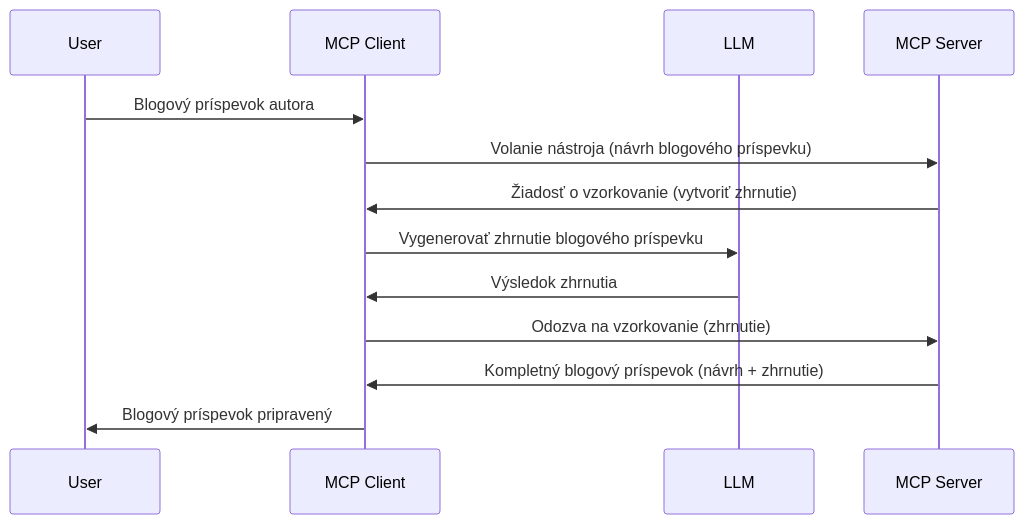
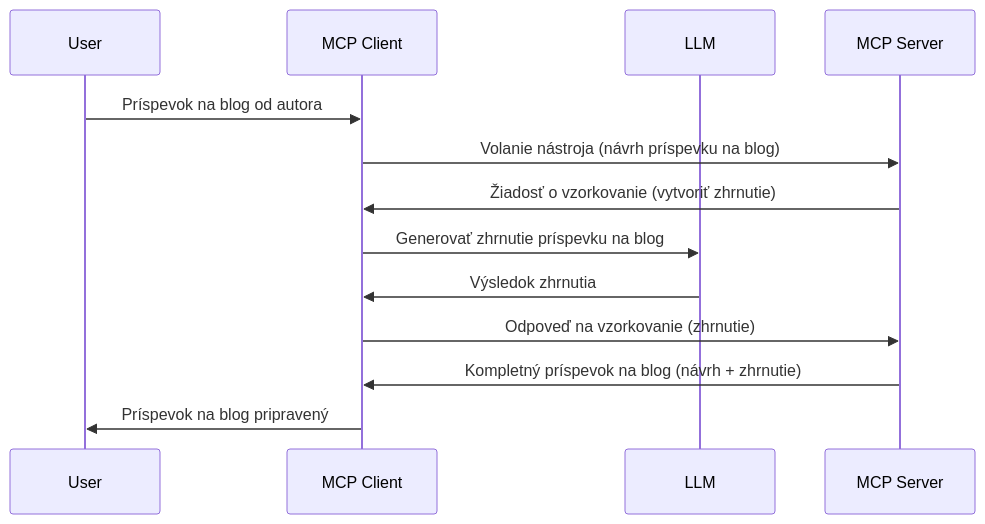
One commit to HIDORAKAI002/ai-workspace-archive changed the diagram in mcp_ecosystem__model_context_protocol/mcp_learning_resources/mcp-for-beginners/translations/sk/03-GettingStarted/14-sampling/README.md. Above: the diagram before and after it, drawn with Mermaid. The commit also changed other lines of this file and 5721 other files, not shown here.

Commit message:
chore(sync): update MCP Python SDK, MCP TypeScript SDK, Supabase MCP, Kubernetes MCP Server, Git MCP, MCP Agent, Awesome ChatGPT Prompts, Langfuse, +62 more

````diff
--- a/mcp_ecosystem__model_context_protocol/mcp_learning_resources/mcp-for-beginners/translations/sk/03-GettingStarted/14-sampling/README.md
+++ b/mcp_ecosystem__model_context_protocol/mcp_learning_resources/mcp-for-beginners/translations/sk/03-GettingStarted/14-sampling/README.md
@@ -25,16 +27,16 @@
 ```mermaid
 sequenceDiagram
     participant User
     participant MCP Client
     participant LLM
     participant MCP Server
 
-    User->>MCP Client: Blogový príspevok autora
-    MCP Client->>MCP Server: Volanie nástroja (návrh blogového príspevku)
+    User->>MCP Client: Príspevok na blog od autora
+    MCP Client->>MCP Server: Volanie nástroja (návrh príspevku na blog)
     MCP Server->>MCP Client: Žiadosť o vzorkovanie (vytvoriť zhrnutie)
-    MCP Client->>LLM: Vygenerovať zhrnutie blogového príspevku
+    MCP Client->>LLM: Generovať zhrnutie príspevku na blog
     LLM->>MCP Client: Výsledok zhrnutia
-    MCP Client->>MCP Server: Odozva na vzorkovanie (zhrnutie)
-    MCP Server->>MCP Client: Kompletný blogový príspevok (návrh + zhrnutie)
-    MCP Client->>User: Blogový príspevok pripravený
+    MCP Client->>MCP Server: Odpoveď na vzorkovanie (zhrnutie)
+    MCP Server->>MCP Client: Kompletný príspevok na blog (návrh + zhrnutie)
+    MCP Client->>User: Príspevok na blog pripravený
 ```
````
